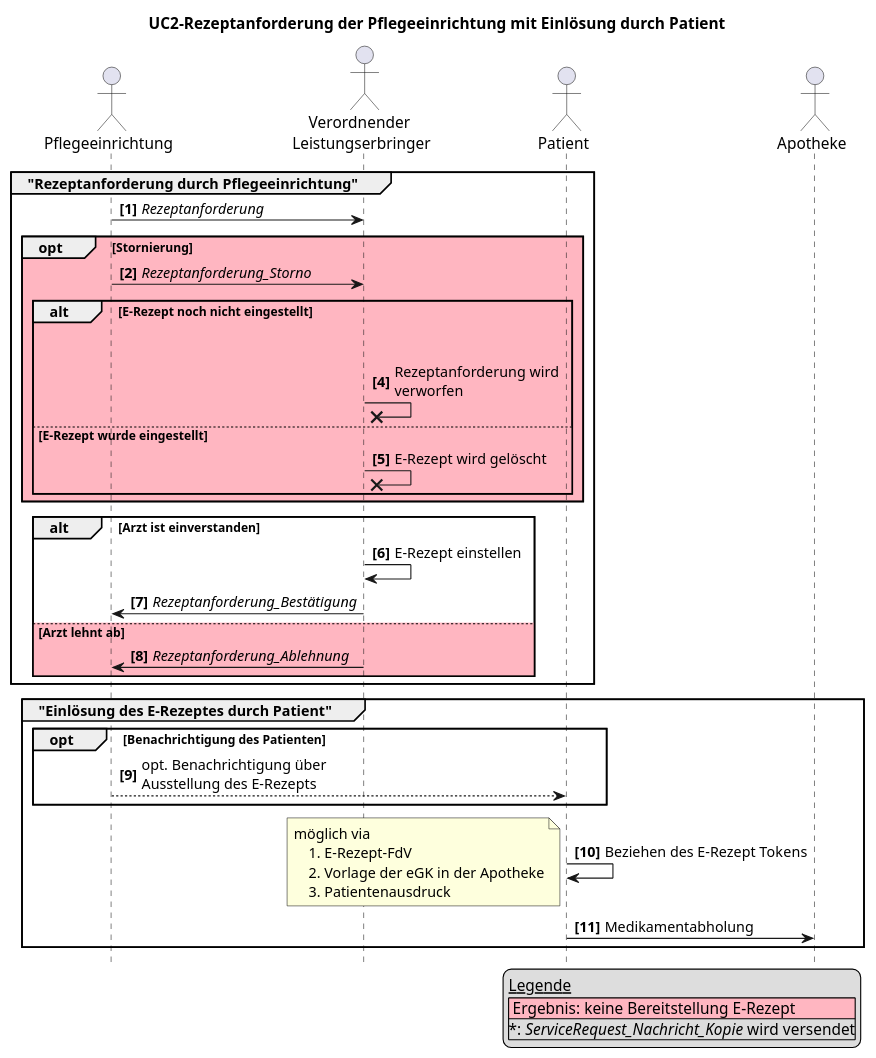
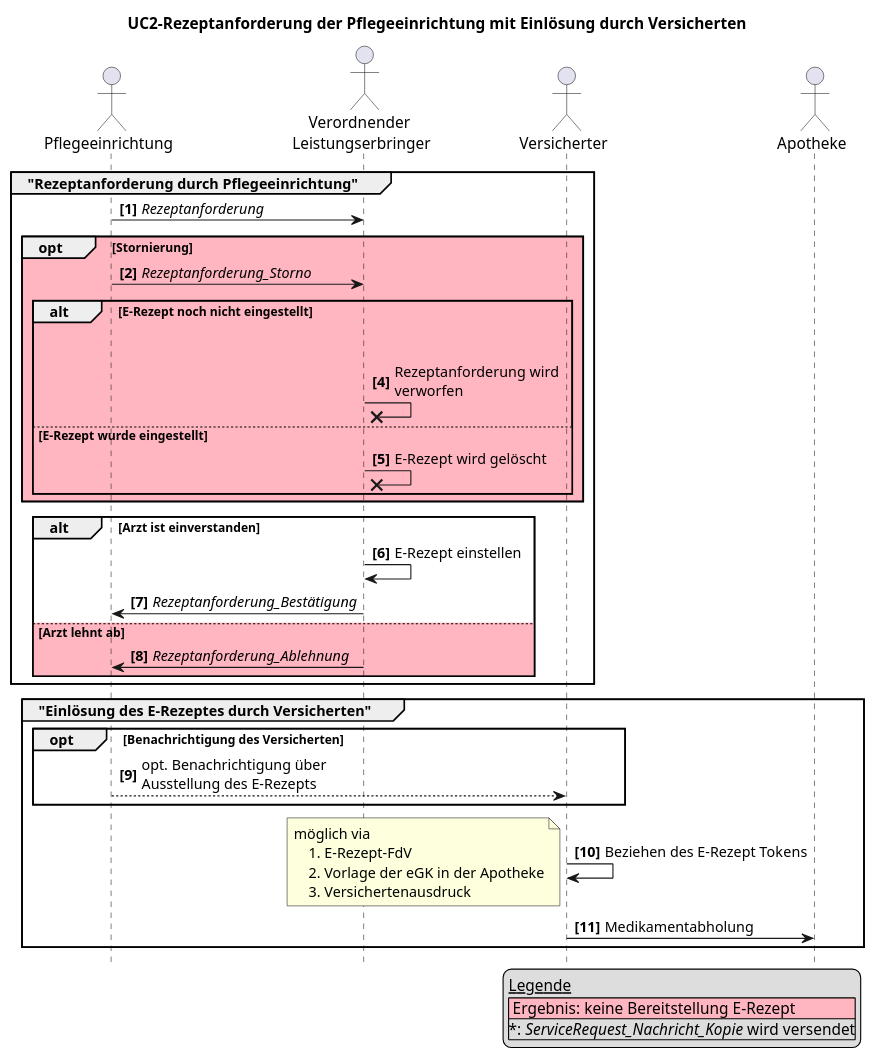
One commit to gematik/spec-E-Rezept-ServiceRequest changed the diagram in input/images-source/UC2-rezeptanforderung-pflege-versicherteninvolvierung.plantuml. Above: the diagram before and after it, drawn with PlantUML. The commit also changed 3 other files, not shown here.

Commit message:
Change Patient to versicherter

```diff
--- a/input/images-source/UC2-rezeptanforderung-pflege-versicherteninvolvierung.plantuml
+++ b/input/images-source/UC2-rezeptanforderung-pflege-versicherteninvolvierung.plantuml
@@ -1,62 +1,62 @@
-@startuml name = "UC2-Rezeptanforderung-Patienteninvolvierung"
+@startuml name = "UC2-Rezeptanforderung-Versicherteninvolvierung"
 
 
 skinparam maxMessageSize 200
 
 actor "Pflegeeinrichtung" as Pflegeeinrichtung
 actor "Verordnender \nLeistungserbringer" as Arztpraxis
-actor Patient
+actor Versicherter
 actor Apotheke
 
-title UC2-Rezeptanforderung der Pflegeeinrichtung mit Einlösung durch Patient
+title UC2-Rezeptanforderung der Pflegeeinrichtung mit Einlösung durch Versicherten
 hide footbox
 autonumber "<b>[0]"
 
 legend bottom right
     __Legende__
     |<#LightPink> Ergebnis: keine Bereitstellung E-Rezept|
     |*: //ServiceRequest_Nachricht_Kopie// wird versendet|
 endlegend
 
 group "Rezeptanforderung durch Pflegeeinrichtung"
     Pflegeeinrichtung -> Arztpraxis: //Rezeptanforderung//
 
     opt #LightPink Stornierung
         Pflegeeinrichtung -> Arztpraxis: //Rezeptanforderung_Storno//
         alt #LightPink E-Rezept noch nicht eingestellt
         Pflegeeinrichtung -[hidden]-> Arztpraxis
             Arztpraxis ->x Arztpraxis: Rezeptanforderung wird verworfen
         else #LightPink E-Rezept wurde eingestellt
             Arztpraxis ->x Arztpraxis: E-Rezept wird gelöscht
         end
     end
 
     alt Arzt ist einverstanden 
         Arztpraxis -> Arztpraxis: E-Rezept einstellen
         Arztpraxis -> Pflegeeinrichtung: //Rezeptanforderung_Bestätigung//
         
     else #LightPink Arzt lehnt ab
         Arztpraxis -> Pflegeeinrichtung: //Rezeptanforderung_Ablehnung//
     end
 
 end
 
-group "Einlösung des E-Rezeptes durch Patient"
-    opt Benachrichtigung des Patienten
-        Pflegeeinrichtung --> Patient: opt. Benachrichtigung über Ausstellung des E-Rezepts
+group "Einlösung des E-Rezeptes durch Versicherten"
+    opt Benachrichtigung des Versicherten
+        Pflegeeinrichtung --> Versicherter: opt. Benachrichtigung über Ausstellung des E-Rezepts
     end
 
-    Patient -> Patient: Beziehen des E-Rezept Tokens
+    Versicherter -> Versicherter: Beziehen des E-Rezept Tokens
 
     note left
         möglich via
             1. E-Rezept-FdV
             2. Vorlage der eGK in der Apotheke
-            3. Patientenausdruck
+            3. Versichertenausdruck
     end note
 
-    Patient -> Apotheke: Medikamentabholung
+    Versicherter -> Apotheke: Medikamentabholung
 
 end
 
 @enduml
```
